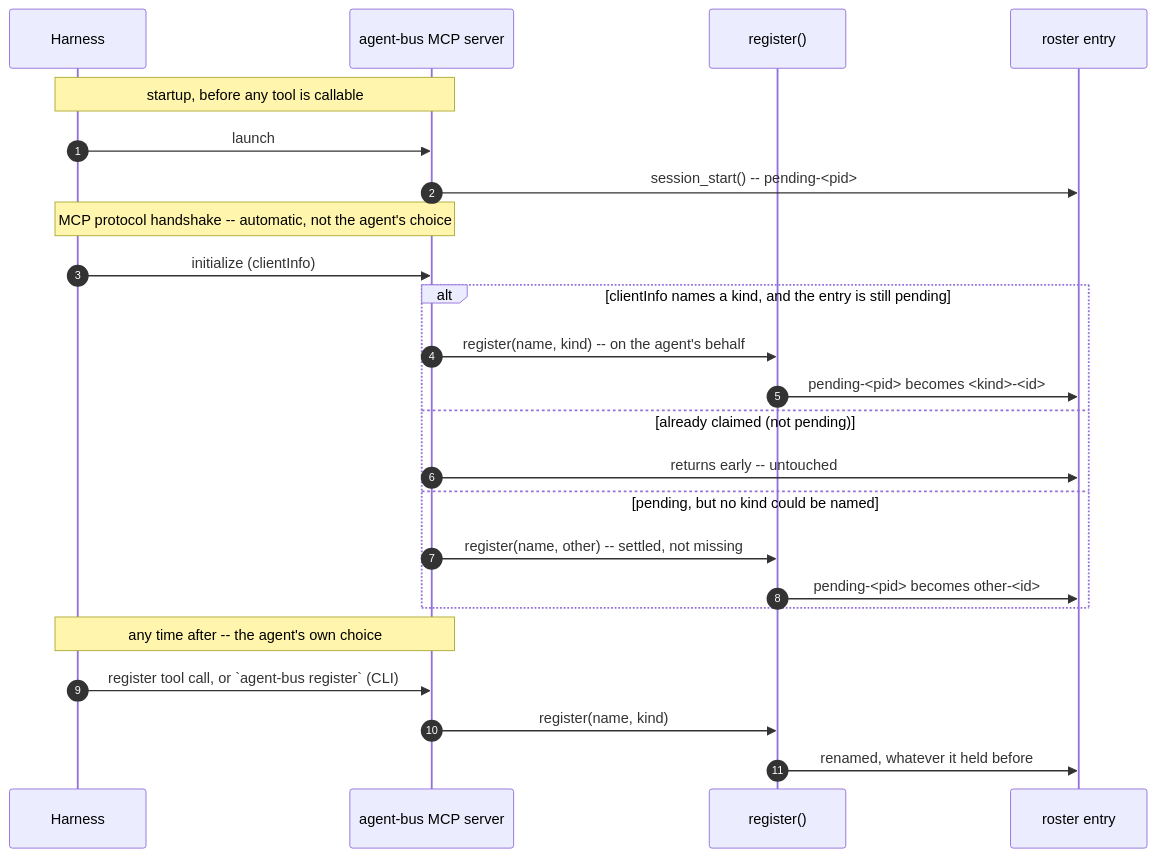
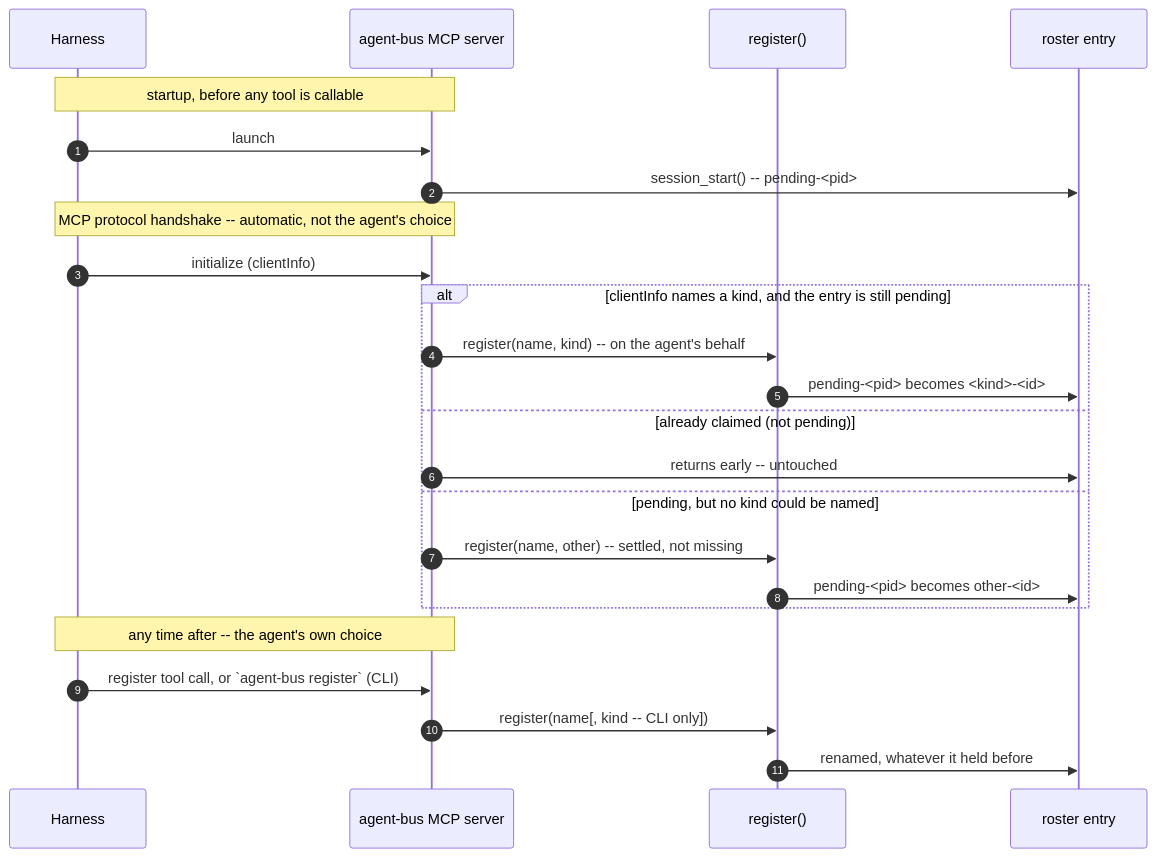
Before and after one commit to danbarua/agent-bus: the diagram in docs/identity-and-peering.md, drawn with Mermaid. The commit also changed other lines of this file and 65 other files, not shown here.

````diff
--- a/docs/identity-and-peering.md
+++ b/docs/identity-and-peering.md
@@ -132,29 +139,29 @@
 ```mermaid
 sequenceDiagram
     autonumber
     participant H as Harness
     participant MCP as agent-bus MCP server
     participant Reg as register()
     participant Roster as roster entry
 
     Note over H,MCP: startup, before any tool is callable
     H->>MCP: launch
     MCP->>Roster: session_start() -- pending-<pid>
 
     Note over H,MCP: MCP protocol handshake -- automatic, not the agent's choice
     H->>MCP: initialize (clientInfo)
     alt clientInfo names a kind, and the entry is still pending
         MCP->>Reg: register(name, kind) -- on the agent's behalf
         Reg->>Roster: pending-<pid> becomes <kind>-<id>
     else already claimed (not pending)
         MCP->>Roster: returns early -- untouched
     else pending, but no kind could be named
         MCP->>Reg: register(name, other) -- settled, not missing
         Reg->>Roster: pending-<pid> becomes other-<id>
     end
 
     Note over H,MCP: any time after -- the agent's own choice
     H->>MCP: register tool call, or `agent-bus register` (CLI)
-    MCP->>Reg: register(name, kind)
+    MCP->>Reg: register(name[, kind -- CLI only])
     Reg->>Roster: renamed, whatever it held before
 ```
````
